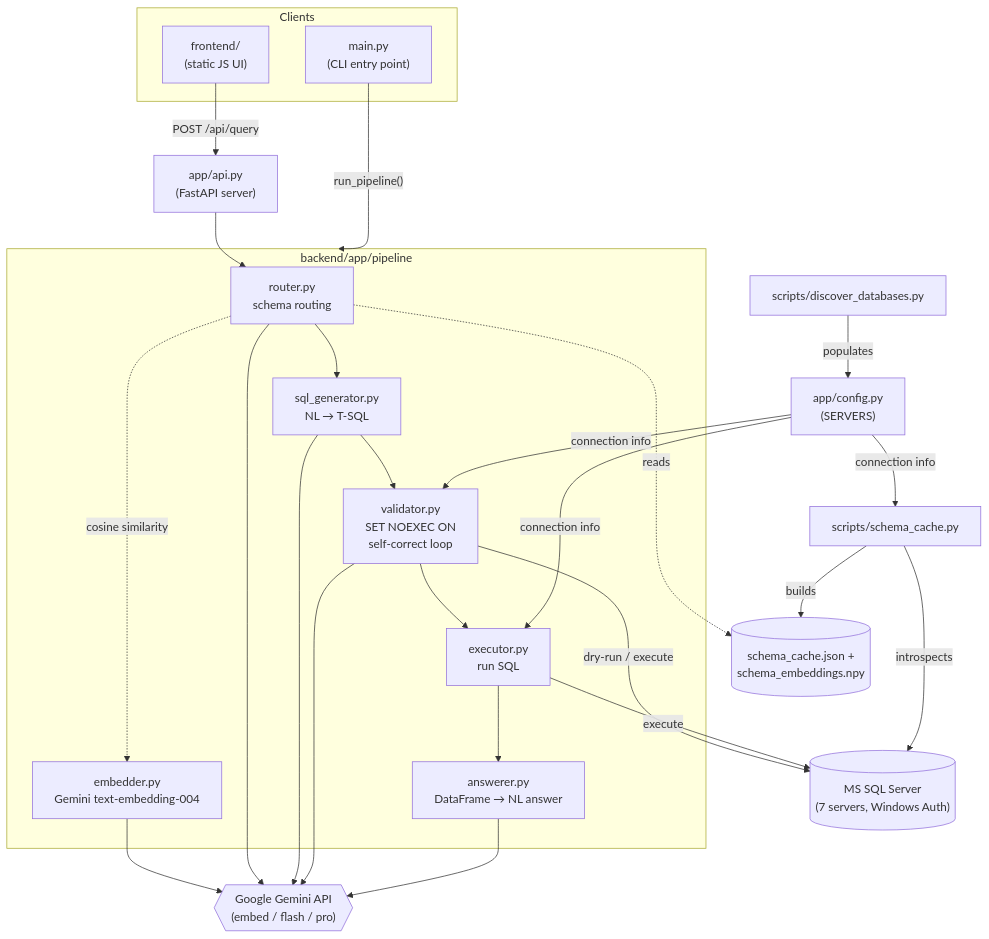
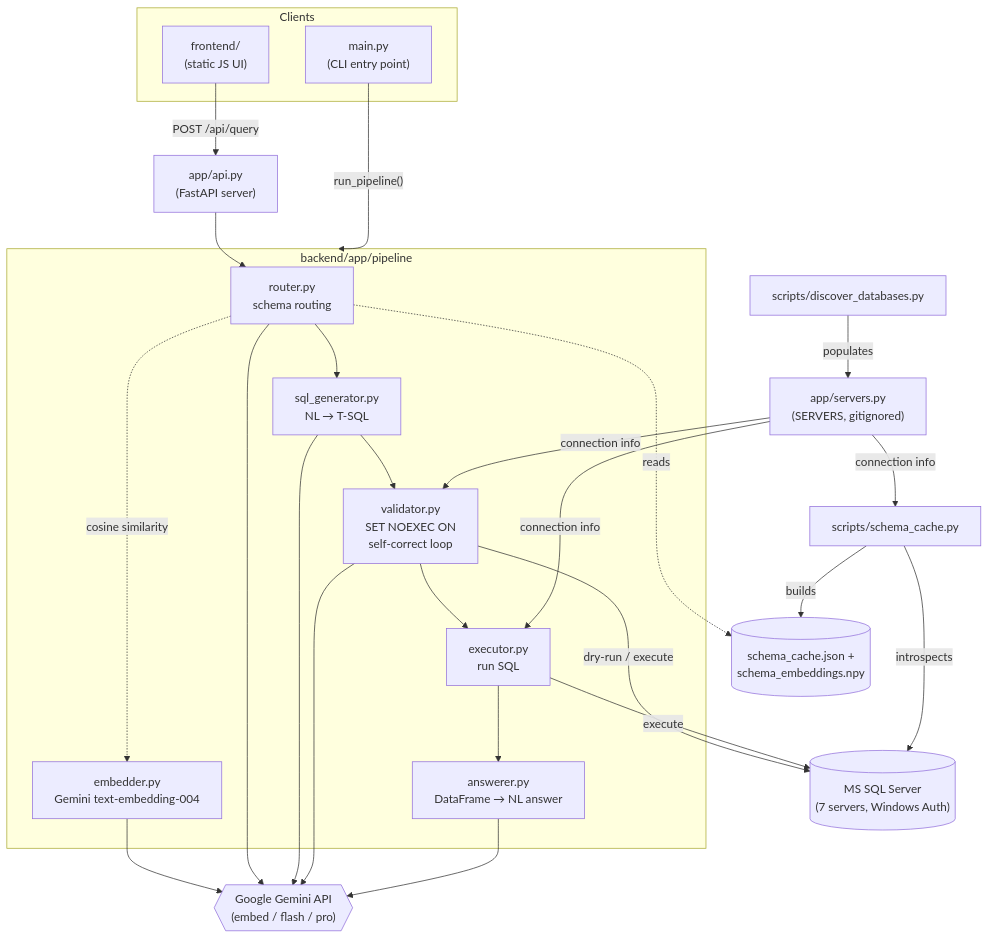
One commit to aswin-skk21/NL2SQL changed the diagram in README.md. Above: the diagram before and after it, drawn with Mermaid. The commit also changed other lines of this file and 12 other files, not shown here.

````diff
--- a/README.md
+++ b/README.md
@@ -20,43 +20,43 @@
 ```mermaid
 graph TD
     subgraph Clients
         CLI["main.py<br/>(CLI entry point)"]
         Web["frontend/<br/>(static JS UI)"]
     end
 
     Web -- "POST /api/query" --> API["app/api.py<br/>(FastAPI server)"]
     CLI -- "run_pipeline()" --> Pipeline
 
     subgraph Pipeline["backend/app/pipeline"]
         Router["router.py<br/>schema routing"]
         Gen["sql_generator.py<br/>NL → T-SQL"]
         Val["validator.py<br/>SET NOEXEC ON<br/>self-correct loop"]
         Exec["executor.py<br/>run SQL"]
         Ans["answerer.py<br/>DataFrame → NL answer"]
         Emb["embedder.py<br/>Gemini text-embedding-004"]
     end
 
     API --> Router
     Router --> Gen --> Val --> Exec --> Ans
     Router -. cosine similarity .-> Emb
 
     Cache[("schema_cache.json +<br/>schema_embeddings.npy")]
     Router -. reads .-> Cache
 
     Val -- dry-run / execute --> SQLServer[("MS SQL Server<br/>(7 servers, Windows Auth)")]
     Exec -- execute --> SQLServer
 
     Gemini{{"Google Gemini API<br/>(embed / flash / pro)"}}
     Emb --> Gemini
     Router --> Gemini
     Gen --> Gemini
     Val --> Gemini
     Ans --> Gemini
 
-    Discover["scripts/discover_databases.py"] -- populates --> Config["app/config.py<br/>(SERVERS)"]
+    Discover["scripts/discover_databases.py"] -- populates --> Config["app/servers.py<br/>(SERVERS, gitignored)"]
     SchemaCache["scripts/schema_cache.py"] -- introspects --> SQLServer
     SchemaCache -- builds --> Cache
     Config -- connection info --> SchemaCache
     Config -- connection info --> Val
     Config -- connection info --> Exec
 ```
````
